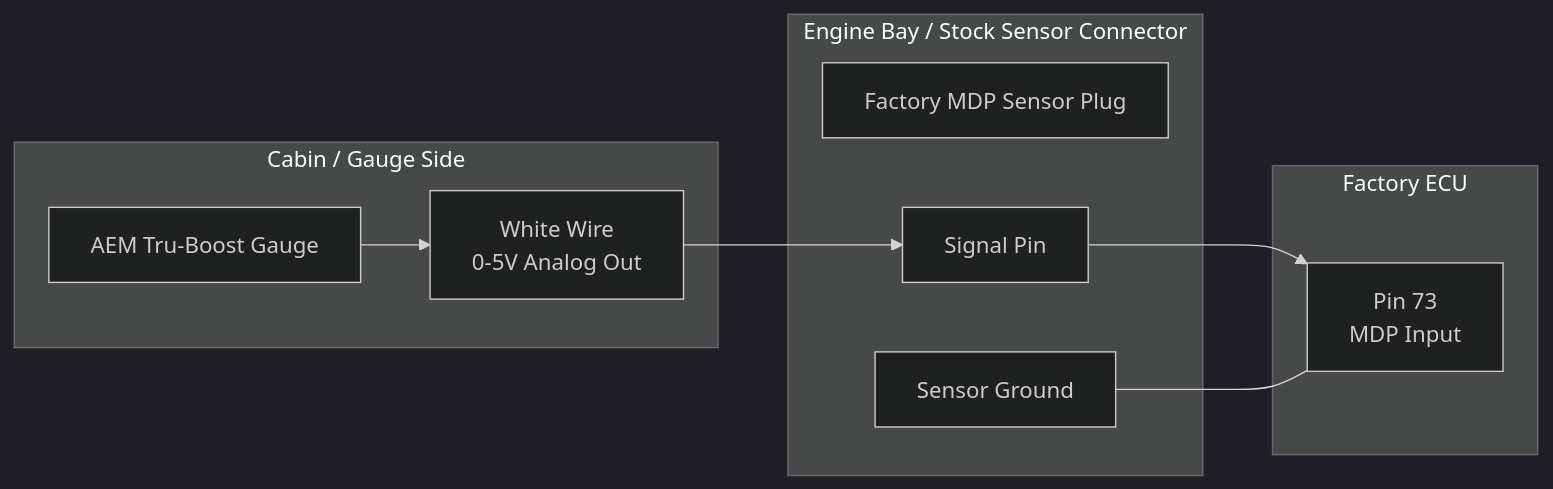
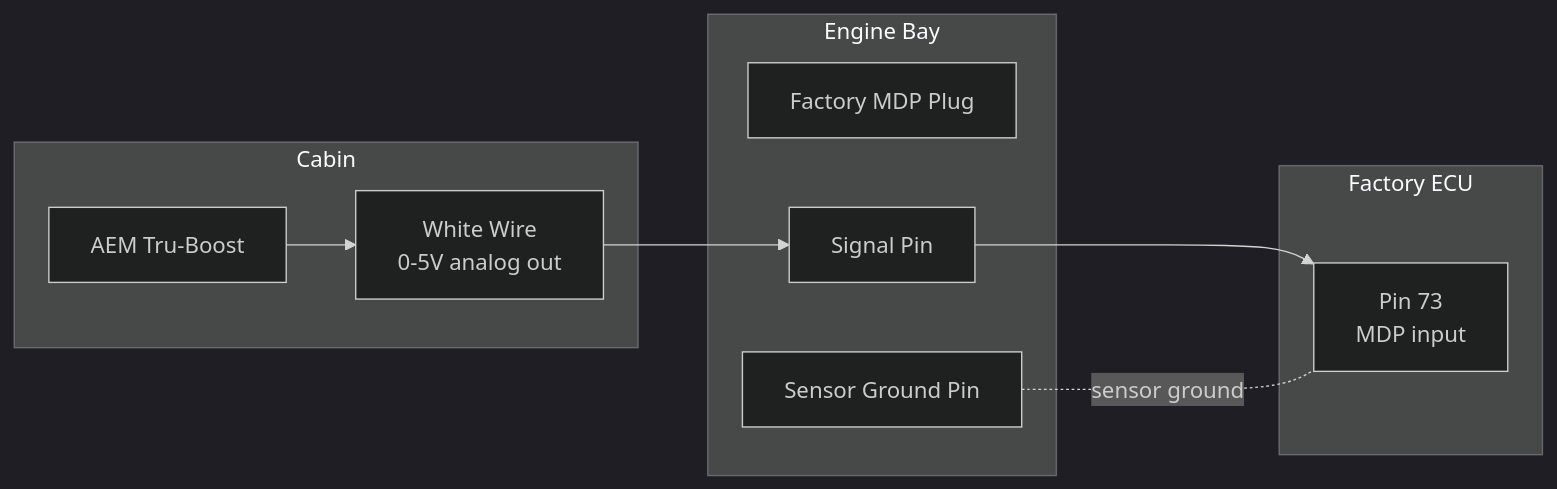
Before and after one commit to got-gutch/got-gutch-evolution: the first of 3 diagrams in cars/2003-evo-viii/docs/modifications/truboost-ecu-wiring.md, drawn with Mermaid (dark theme). The commit also changed other lines of this file, not shown here.

Commit message:
Refactor wiring diagrams for AEM Tru-Boost and Wideband integration; improve clarity and formatting

````diff
--- a/cars/2003-evo-viii/docs/modifications/truboost-ecu-wiring.md
+++ b/cars/2003-evo-viii/docs/modifications/truboost-ecu-wiring.md
@@ -21,20 +21,20 @@
 ```mermaid
 flowchart LR
-    subgraph Cabin[Cabin / Gauge Side]
-        TB[AEM Tru-Boost Gauge]
-        TBW[White Wire\n0-5V Analog Out]
+    subgraph CABIN[Cabin]
+        TB[AEM Tru-Boost]
+        TBW[White Wire<br/>0-5V analog out]
     end
 
-    subgraph EngineBay[Engine Bay / Stock Sensor Connector]
-        MDP[Factory MDP Sensor Plug]
+    subgraph ENGINE[Engine Bay]
+        MDP[Factory MDP Plug]
         MDP_SIG[Signal Pin]
-        MDP_GND[Sensor Ground]
+        MDP_GND[Sensor Ground Pin]
     end
 
     subgraph ECU[Factory ECU]
-        P73[Pin 73\nMDP Input]
+        P73[Pin 73<br/>MDP input]
     end
 
     TB --> TBW --> MDP_SIG --> P73
-    MDP_GND --- P73
+    MDP_GND -. sensor ground .- P73
 ```
````
